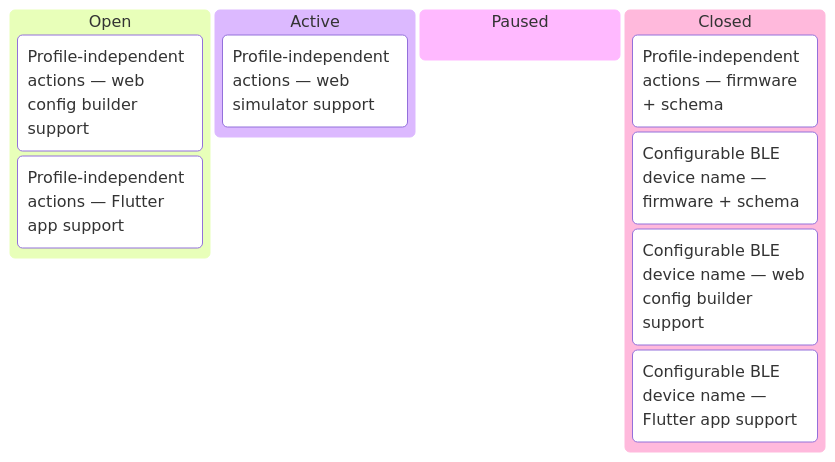
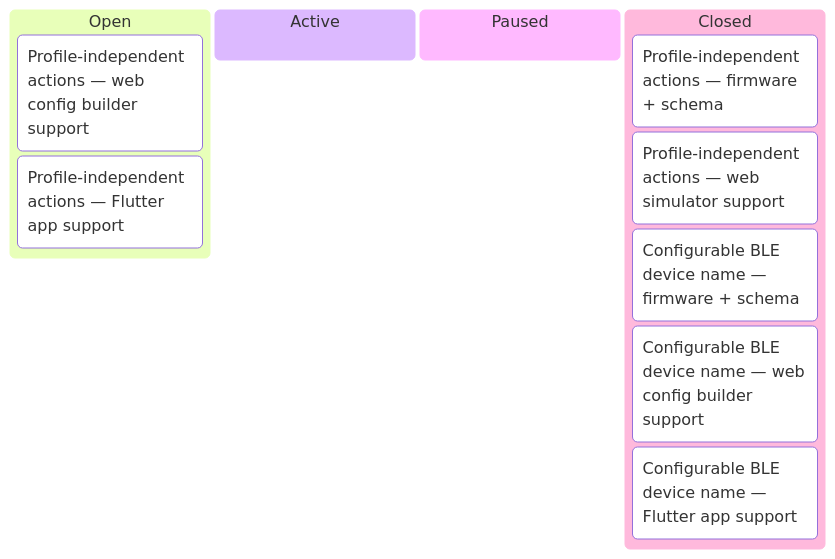
Before and after one commit to tgd1975/AwesomeStudioPedal: the first of 6 diagrams in docs/developers/tasks/KANBAN.md, drawn with Mermaid. The commit also changed other lines of this file and 3 other files, not shown here.

Commit message:
close TASK-307: Profile-independent actions — web simulator support

````diff
--- a/docs/developers/tasks/KANBAN.md
+++ b/docs/developers/tasks/KANBAN.md
@@ -11,14 +11,14 @@
 ```mermaid
 kanban
   Open
     TASK_308["Profile-independent actions — web config builder support"]
     TASK_309["Profile-independent actions — Flutter app support"]
   Active
-    TASK_307["Profile-independent actions — web simulator support"]
   Paused
   Closed
     TASK_306["Profile-independent actions — firmware + schema"]
+    TASK_307["Profile-independent actions — web simulator support"]
     TASK_310["Configurable BLE device name — firmware + schema"]
     TASK_311["Configurable BLE device name — web config builder support"]
     TASK_312["Configurable BLE device name — Flutter app support"]
 ```
````
